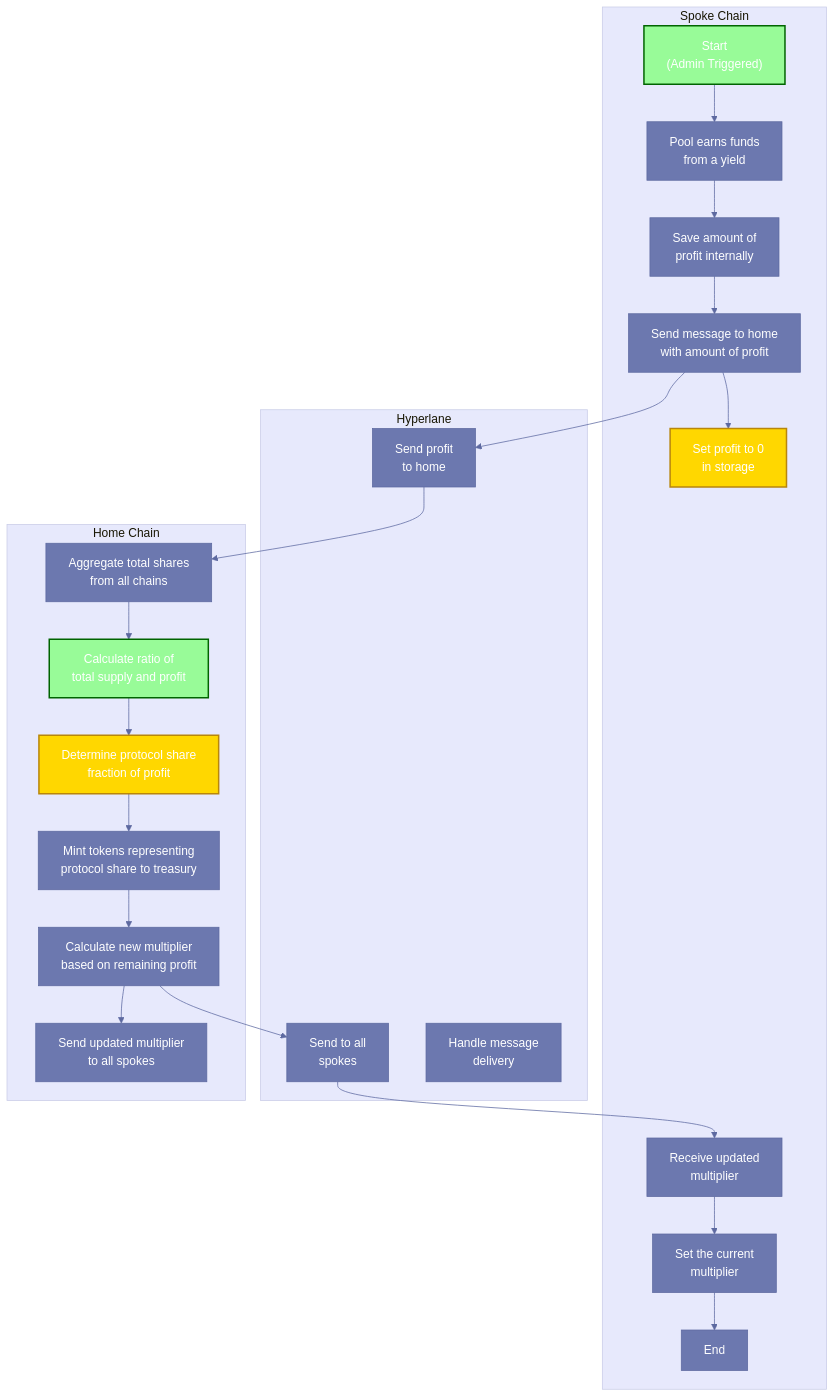
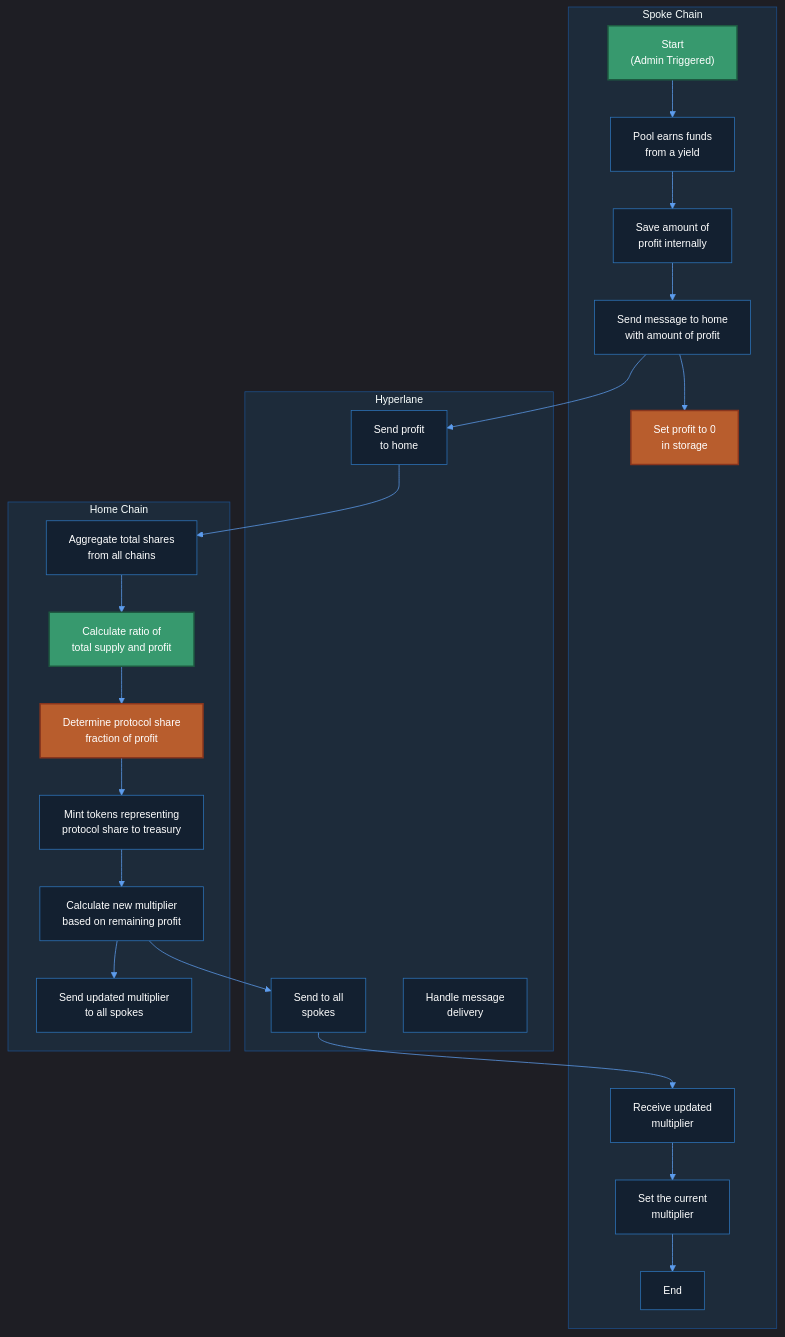
Before and after one commit to eco/eco-routes-internal: the first of 4 diagrams in plans/rebase-flow-implementation-plan.md, drawn with Mermaid. The commit also changed other lines of this file, not shown here.

First line of the commit message:
docs(plans): improve mermaid chart readability with dark theme

````diff
--- a/plans/rebase-flow-implementation-plan.md
+++ b/plans/rebase-flow-implementation-plan.md
@@ -139,38 +139,38 @@
 ```mermaid
-%%{init: {'theme': 'base', 'themeVariables': { 'primaryColor': '#6C78AF', 'primaryTextColor': '#fff', 'primaryBorderColor': '#5D69A0', 'lineColor': '#5D69A0', 'secondaryColor': '#D3D8F9', 'tertiaryColor': '#E7E9FC' }}}%%
+%%{init: {'theme': 'dark', 'themeVariables': { 'primaryColor': '#2D74BA', 'primaryTextColor': '#FFFFFF', 'primaryBorderColor': '#1D4E89', 'lineColor': '#5D9CEC', 'secondaryColor': '#1D2B3A', 'tertiaryColor': '#132030', 'textColor': '#FFFFFF', 'fontSize': '14px', 'fontFamily': 'Arial', 'edgeLabelBackground': '#132030', 'mainBkg': '#132030', 'clusterBkg': '#1D2B3A', 'nodeTextColor': '#FFFFFF', 'nodeBorder': '#2D74BA', 'labelTextColor': '#FFFFFF', 'clusterBorder': '#1D4E89' }}}%%
 
 flowchart TB
     subgraph "Spoke Chain"
         start["Start\n(Admin Triggered)"] --> collectYield["Pool earns funds\nfrom a yield"]
         collectYield --> saveProfit["Save amount of\nprofit internally"]
         saveProfit --> sendToHome["Send message to home\nwith amount of profit"]
         sendToHome --> resetProfit["Set profit to 0\nin storage"]
         receiveMultiplier["Receive updated\nmultiplier"] --> setMultiplier["Set the current\nmultiplier"]
         setMultiplier --> endProcess["End"]
     end
 
     subgraph "Hyperlane"
         sendMsgToHome["Send profit\nto home"]
         sendMsgToSpokes["Send to all\nspokes"]
         handleDelivery["Handle message\ndelivery"]
     end
 
     subgraph "Home Chain"
         aggregateShares["Aggregate total shares\nfrom all chains"]
         aggregateShares --> calculateRatio["Calculate ratio of\ntotal supply and profit"]
         calculateRatio --> determineProtocolShare["Determine protocol share\nfraction of profit"]
         determineProtocolShare --> mintToTreasury["Mint tokens representing\nprotocol share to treasury"]
         mintToTreasury --> calculateMultiplier["Calculate new multiplier\nbased on remaining profit"]
         calculateMultiplier --> distributeRate["Send updated multiplier\nto all spokes"]
     end
 
     sendToHome --> sendMsgToHome
     sendMsgToHome --> aggregateShares
     calculateMultiplier --> sendMsgToSpokes
     sendMsgToSpokes --> receiveMultiplier
 
-    classDef started fill:#98FB98,stroke:#006400,stroke-width:2px
-    classDef critical fill:#FFD700,stroke:#B8860B,stroke-width:2px
+    classDef started fill:#37996E,stroke:#1E5941,stroke-width:2px,color:#FFFFFF
+    classDef critical fill:#B85D2D,stroke:#89351D,stroke-width:2px,color:#FFFFFF
     class start,calculateRatio started
     class resetProfit,determineProtocolShare critical
 ```
````
